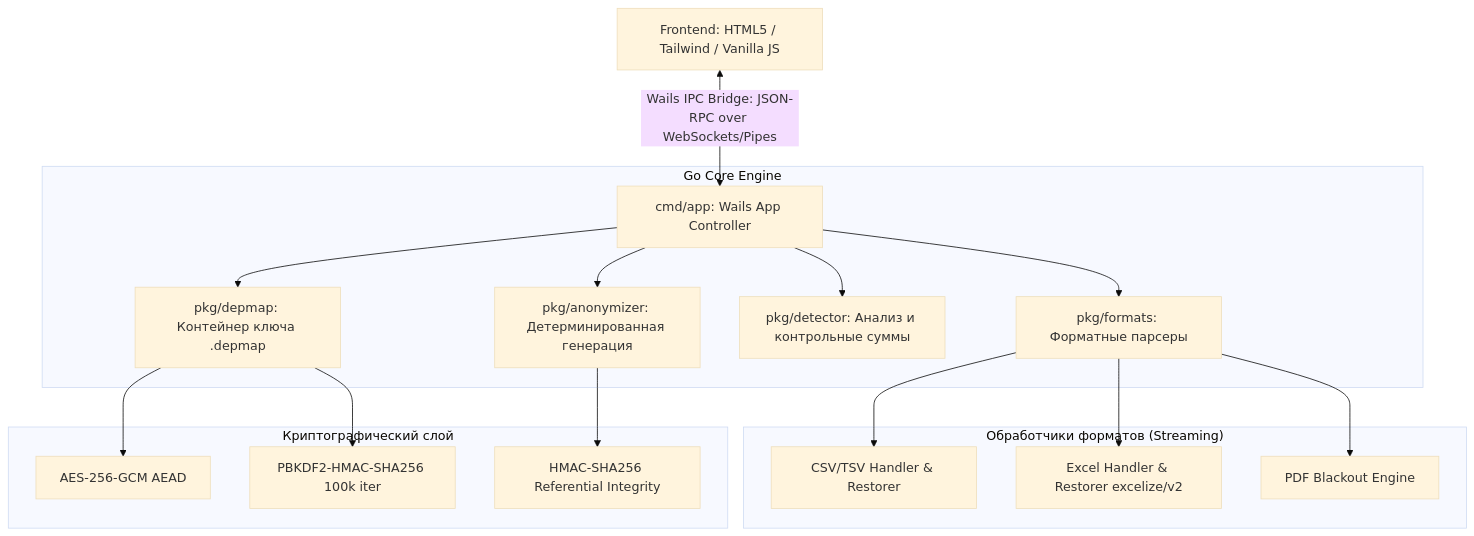
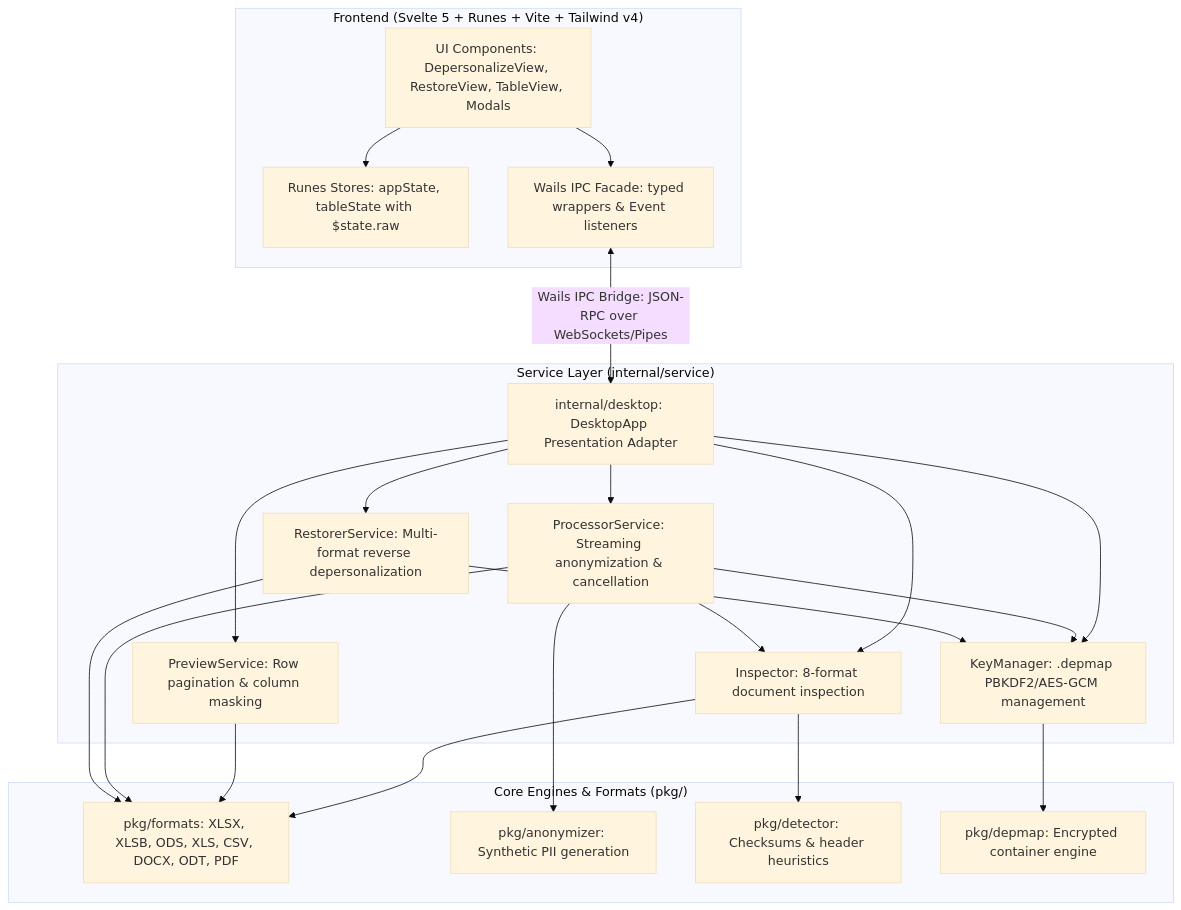
The diagram in docs/ARCHITECTURE.md (Nuteres/depersonalization-service), drawn with Mermaid (base theme) before and after one commit. The commit also changed other lines of this file and 2 other files, not shown here.

Commit message:
docs: update architecture, user guide, and README for Clean Architecture and Svelte 5 stack

````diff
--- a/docs/ARCHITECTURE.md
+++ b/docs/ARCHITECTURE.md
@@ -11,23 +11,33 @@
 ```mermaid
 graph TD
-    UI[Frontend: HTML5 / Tailwind / Vanilla JS] <-->|Wails IPC Bridge: JSON-RPC over WebSockets/Pipes| Core[cmd/app: Wails App Controller]
-    
-    subgraph "Go Core Engine"
-        Core --> Formats[pkg/formats: Форматные парсеры]
-        Core --> DepMap[pkg/depmap: Контейнер ключа .depmap]
-        Core --> Detector[pkg/detector: Анализ и контрольные суммы]
-        Core --> Anonymizer[pkg/anonymizer: Детерминированная генерация]
+    subgraph "Frontend (Svelte 5 + Runes + Vite + Tailwind v4)"
+        UI[UI Components: DepersonalizeView, RestoreView, TableView, Modals]
+        Stores[Runes Stores: appState, tableState with $state.raw]
+        Facade[Wails IPC Facade: typed wrappers & Event listeners]
+        UI --> Stores
+        UI --> Facade
     end
 
-    subgraph "Обработчики форматов (Streaming)"
-        Formats --> CSV[CSV/TSV Handler & Restorer]
-        Formats --> Excel[Excel Handler & Restorer excelize/v2]
-        Formats --> PDF[PDF Blackout Engine]
+    Facade <-->|Wails IPC Bridge: JSON-RPC over WebSockets/Pipes| Adapter[internal/desktop: DesktopApp Presentation Adapter]
+
+    subgraph "Service Layer (internal/service)"
+        Adapter --> Insp[Inspector: 8-format document inspection]
+        Adapter --> Prev[PreviewService: Row pagination & column masking]
+        Adapter --> Proc[ProcessorService: Streaming anonymization & cancellation]
+        Adapter --> KM[KeyManager: .depmap PBKDF2/AES-GCM management]
+        Adapter --> Rest[RestorerService: Multi-format reverse depersonalization]
+        Proc --> KM
+        Proc --> Insp
+        Rest --> KM
     end
 
-    subgraph "Криптографический слой"
-        DepMap --> GCM[AES-256-GCM AEAD]
-        DepMap --> KDF[PBKDF2-HMAC-SHA256 100k iter]
-        Anonymizer --> HMAC[HMAC-SHA256 Referential Integrity]
+    subgraph "Core Engines & Formats (pkg/)"
+        Insp --> Formats[pkg/formats: XLSX, XLSB, ODS, XLS, CSV, DOCX, ODT, PDF]
+        Prev --> Formats
+        Proc --> Formats
+        Rest --> Formats
+        Proc --> Anonymizer[pkg/anonymizer: Synthetic PII generation]
+        Insp --> Detector[pkg/detector: Checksums & header heuristics]
+        KM --> DepMap[pkg/depmap: Encrypted container engine]
     end
 ```
````
